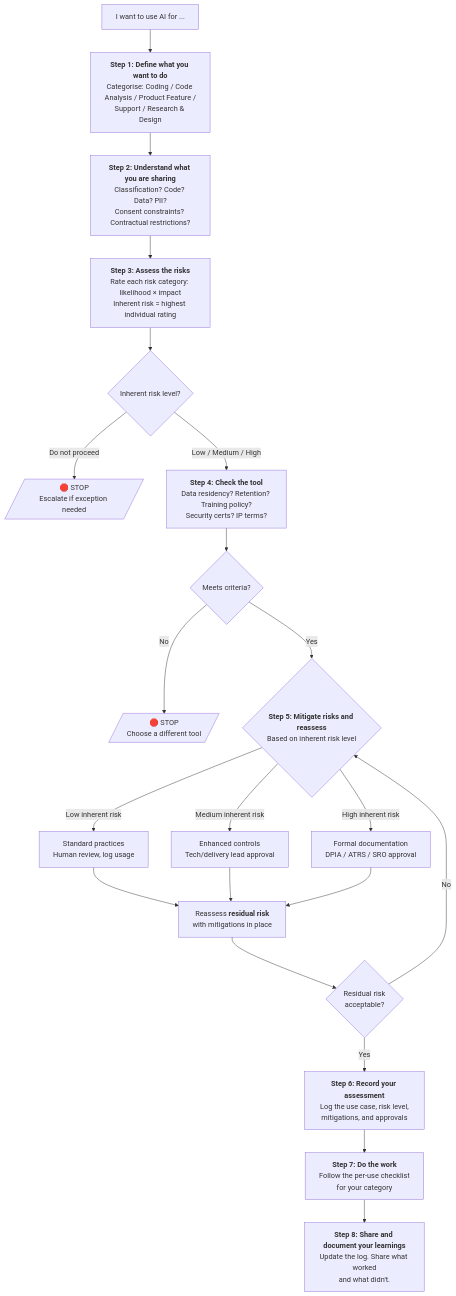
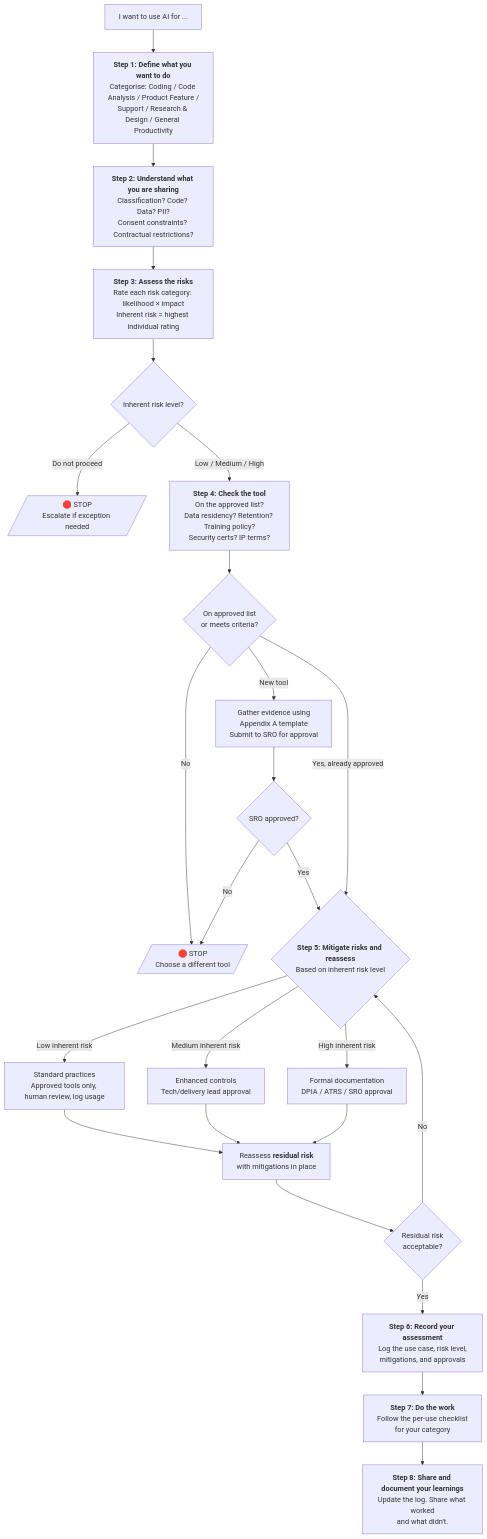
Before and after one commit to madetech/ai-risk-assessment-framework: the diagram in readme.md, drawn with Mermaid. The commit also changed other lines of this file and 11 other files, not shown here.

````diff
--- a/readme.md
+++ b/readme.md
@@ -34,42 +35,46 @@
 ```mermaid
 flowchart TD
     START["I want to use AI for ..."] --> STEP1
 
-    STEP1["<b>Step 1: Define what you want to do</b><br/>Categorise: Coding / Code Analysis / Product Feature /<br/>Support / Research & Design"]
+    STEP1["<b>Step 1: Define what you want to do</b><br/>Categorise: Coding / Code Analysis / Product Feature /<br/>Support / Research & Design / General Productivity"]
     STEP1 --> STEP2
 
     STEP2["<b>Step 2: Understand what you are sharing</b><br/>Classification? Code? Data? PII?<br/>Consent constraints? Contractual restrictions?"]
     STEP2 --> STEP3
 
     STEP3["<b>Step 3: Assess the risks</b><br/>Rate each risk category: likelihood × impact<br/>Inherent risk = highest individual rating"]
     STEP3 --> RISK_CHECK{Inherent risk level?}
     RISK_CHECK -- Do not proceed --> STOP2[/"🛑 STOP<br/>Escalate if exception needed"/]
     RISK_CHECK -- Low / Medium / High --> STEP4
 
-    STEP4["<b>Step 4: Check the tool</b><br/>Data residency? Retention? Training policy?<br/>Security certs? IP terms?"]
-    STEP4 --> TOOL_CHECK{Meets criteria?}
+    STEP4["<b>Step 4: Check the tool</b><br/>On the approved list?<br/>Data residency? Retention? Training policy?<br/>Security certs? IP terms?"]
+    STEP4 --> TOOL_CHECK{On approved list<br/>or meets criteria?}
     TOOL_CHECK -- No --> STOP3[/"🛑 STOP<br/>Choose a different tool"/]
-    TOOL_CHECK -- Yes --> STEP5
+    TOOL_CHECK -- New tool --> SRO_APPROVE["Gather evidence using<br/>Appendix A template<br/>Submit to SRO for approval"]
+    SRO_APPROVE --> SRO_CHECK{SRO approved?}
+    SRO_CHECK -- No --> STOP3
+    SRO_CHECK -- Yes --> STEP5
+    TOOL_CHECK -- Yes, already approved --> STEP5
 
     STEP5{"<b>Step 5: Mitigate risks and reassess</b><br/>Based on inherent risk level"}
-    STEP5 -- Low inherent risk --> LOW["Standard practices<br/>Human review, log usage"]
+    STEP5 -- Low inherent risk --> LOW["Standard practices<br/>Approved tools only, human review, log usage"]
     STEP5 -- Medium inherent risk --> MED["Enhanced controls<br/>Tech/delivery lead approval"]
     STEP5 -- High inherent risk --> HIGH["Formal documentation<br/>DPIA / ATRS / SRO approval"]
 
     LOW --> RESIDUAL
     MED --> RESIDUAL
     HIGH --> RESIDUAL
 
     RESIDUAL["Reassess <b>residual risk</b><br/>with mitigations in place"]
     RESIDUAL --> RESIDUAL_CHECK{Residual risk<br/>acceptable?}
     RESIDUAL_CHECK -- No --> STEP5
     RESIDUAL_CHECK -- Yes --> STEP6
 
     STEP6["<b>Step 6: Record your assessment</b><br/>Log the use case, risk level,<br/>mitigations, and approvals"]
     STEP6 --> STEP7
 
     STEP7["<b>Step 7: Do the work</b><br/>Follow the per-use checklist<br/>for your category"]
     STEP7 --> STEP8
 
     STEP8["<b>Step 8: Share and document your learnings</b><br/>Update the log. Share what worked<br/>and what didn't."]
 ```
````
